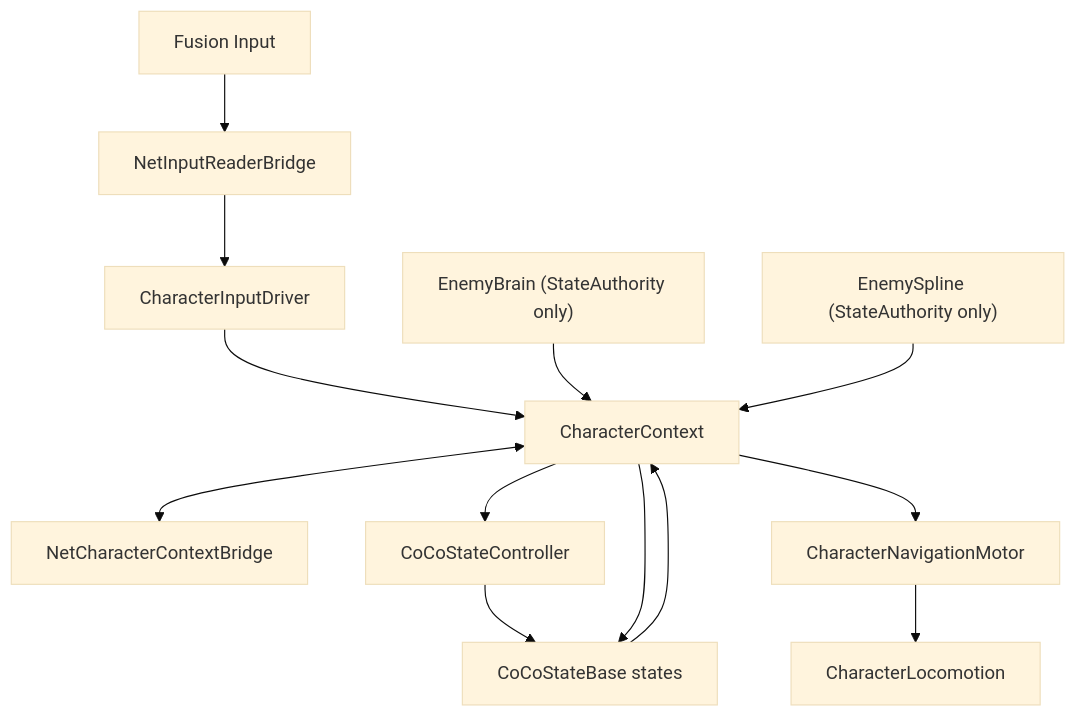
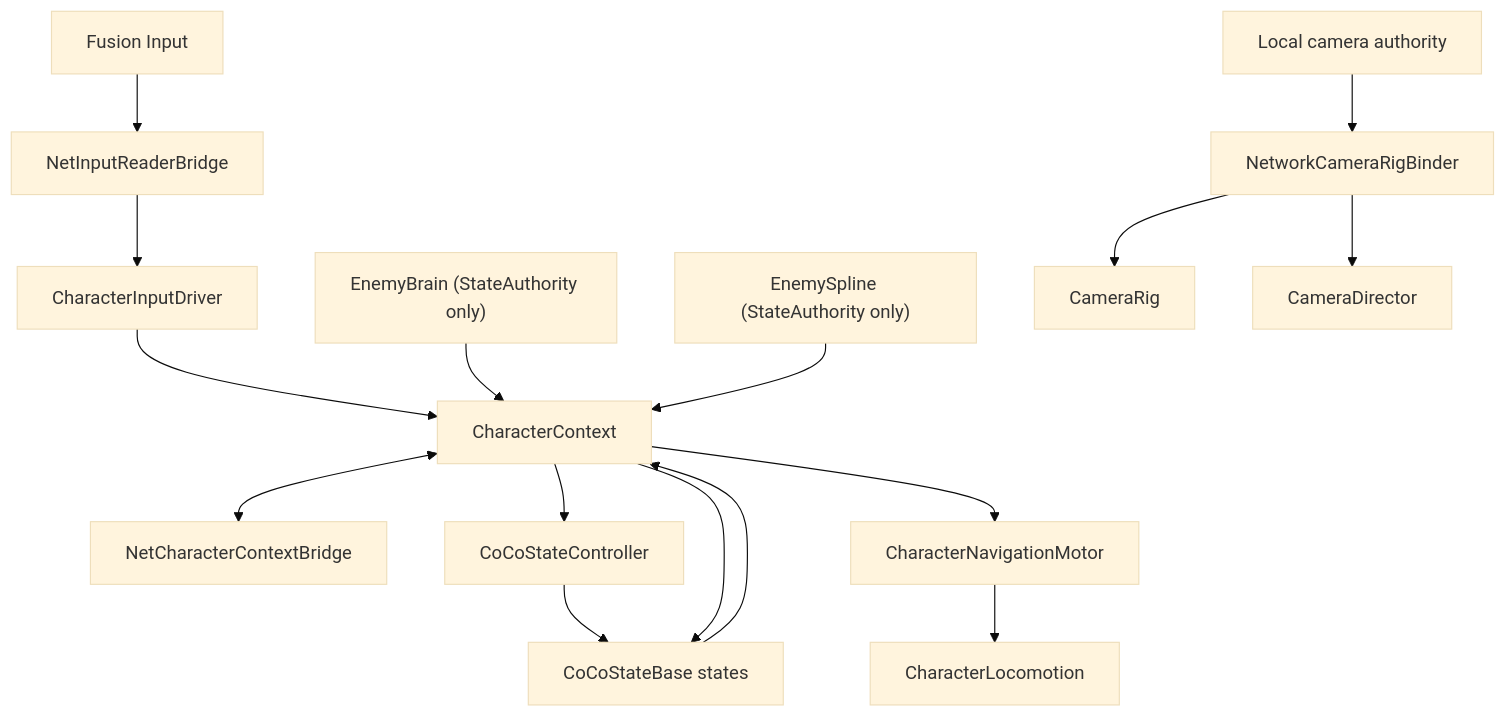
The diagram in Samples~/Network Samples/README.md (YunXEE/CoCoFlow), drawn with Mermaid (base theme) before and after one commit. The commit also changed other lines of this file and 39 other files, not shown here.

````diff
--- a/Samples~/Network Samples/README.md
+++ b/Samples~/Network Samples/README.md
@@ -14,18 +15,22 @@
 ```mermaid
 flowchart TD
   FusionInput["Fusion Input"] --> InputBridge["NetInputReaderBridge"]
   InputBridge --> InputDriver["CharacterInputDriver"]
   InputDriver --> CharacterCtx["CharacterContext"]
 
   EnemyBrain["EnemyBrain (StateAuthority only)"] --> CharacterCtx
   EnemySpline["EnemySpline (StateAuthority only)"] --> CharacterCtx
 
   CharacterCtx <--> CharacterSync["NetCharacterContextBridge"]
 
   CharacterCtx --> State["CoCoStateController"]
   State --> States["CoCoStateBase states"]
   CharacterCtx --> States
   States --> CharacterCtx
   CharacterCtx --> NavMotor["CharacterNavigationMotor"]
   NavMotor --> Locomotion["CharacterLocomotion"]
+
+  LocalAuthority["Local camera authority"] --> CameraBinder["NetworkCameraRigBinder"]
+  CameraBinder --> CameraRig["CameraRig"]
+  CameraBinder --> CameraDirector["CameraDirector"]
 ```
````
